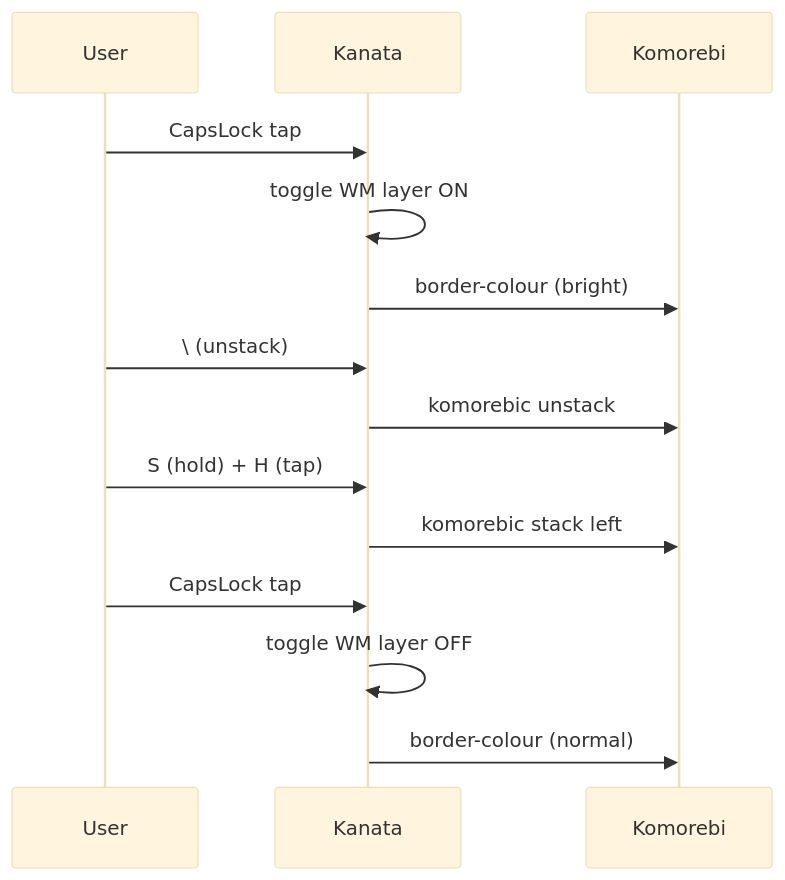
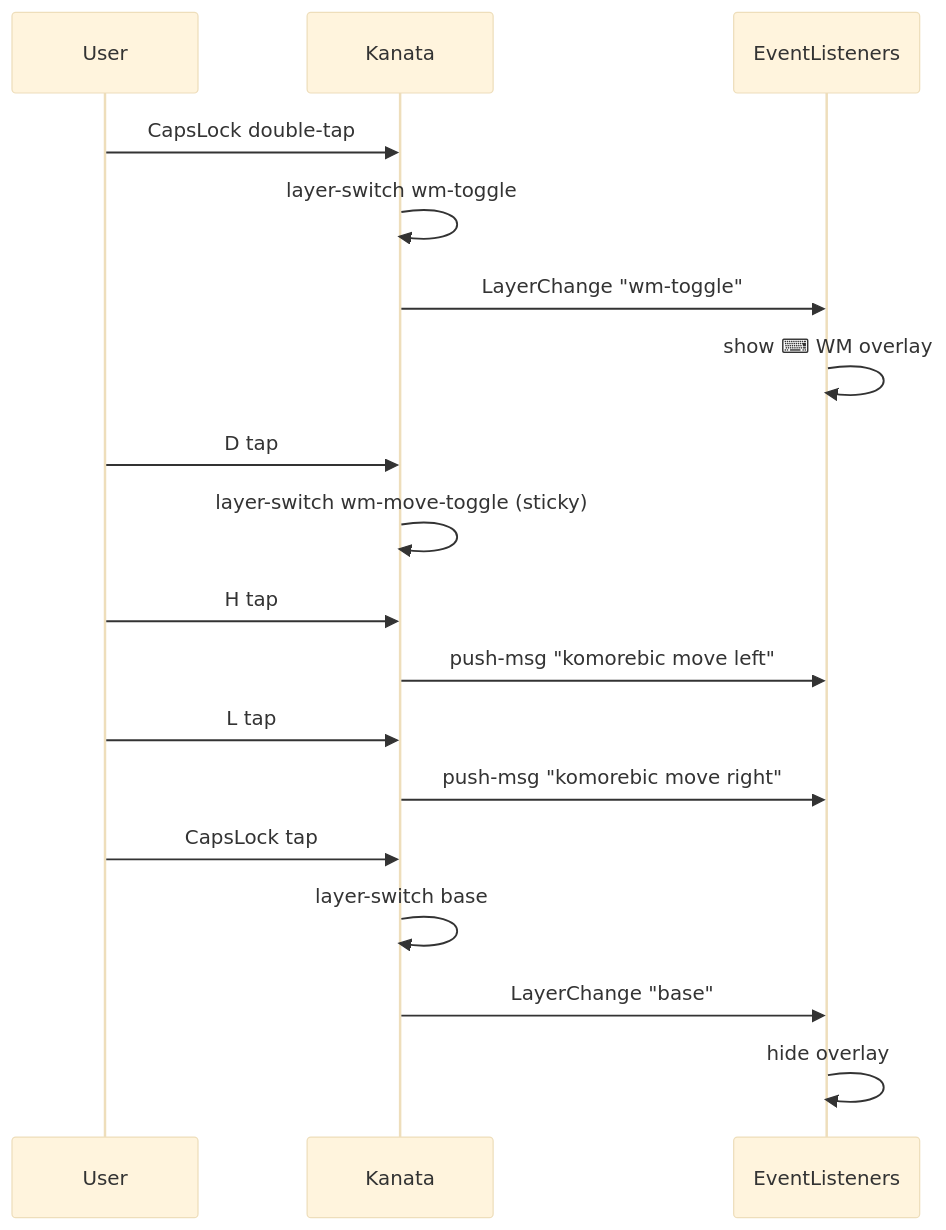
The third of 3 diagrams in keyboard/README.md (MattKotsenas/dotfiles), drawn with Mermaid (base theme) before and after one commit. The commit also changed other lines of this file and 5 other files, not shown here.

First line of the commit message:
docs: update README, KEYMAP, and comments for current architecture

````diff
--- a/keyboard/README.md
+++ b/keyboard/README.md
@@ -54,17 +54,21 @@
 ```mermaid
 sequenceDiagram
     participant User
     participant Kanata
-    participant Komorebi
+    participant EventListeners
 
+    User->>Kanata: CapsLock double-tap
+    Kanata->>Kanata: layer-switch wm-toggle
+    Kanata->>EventListeners: LayerChange "wm-toggle"
+    EventListeners->>EventListeners: show ⌨ WM overlay
+    User->>Kanata: D tap
+    Kanata->>Kanata: layer-switch wm-move-toggle (sticky)
+    User->>Kanata: H tap
+    Kanata->>EventListeners: push-msg "komorebic move left"
+    User->>Kanata: L tap
+    Kanata->>EventListeners: push-msg "komorebic move right"
     User->>Kanata: CapsLock tap
-    Kanata->>Kanata: toggle WM layer ON
-    Kanata->>Komorebi: border-colour (bright)
-    User->>Kanata: \ (unstack)
-    Kanata->>Komorebi: komorebic unstack
-    User->>Kanata: S (hold) + H (tap)
-    Kanata->>Komorebi: komorebic stack left
-    User->>Kanata: CapsLock tap
-    Kanata->>Kanata: toggle WM layer OFF
-    Kanata->>Komorebi: border-colour (normal)
+    Kanata->>Kanata: layer-switch base
+    Kanata->>EventListeners: LayerChange "base"
+    EventListeners->>EventListeners: hide overlay
 ```
````
